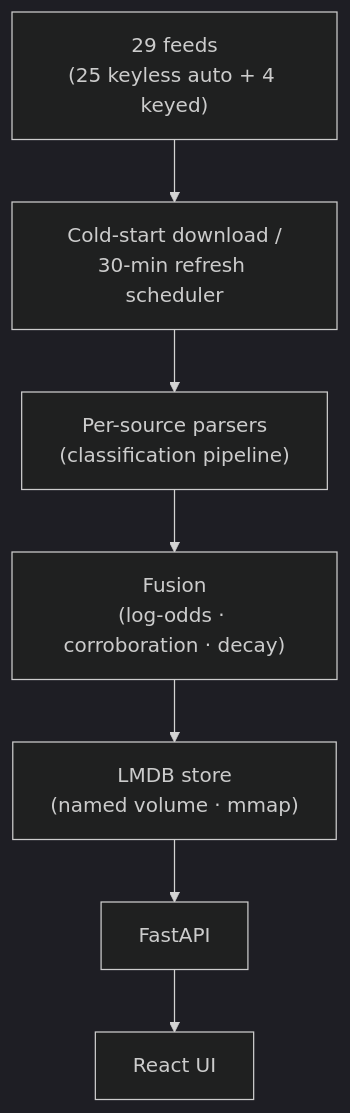
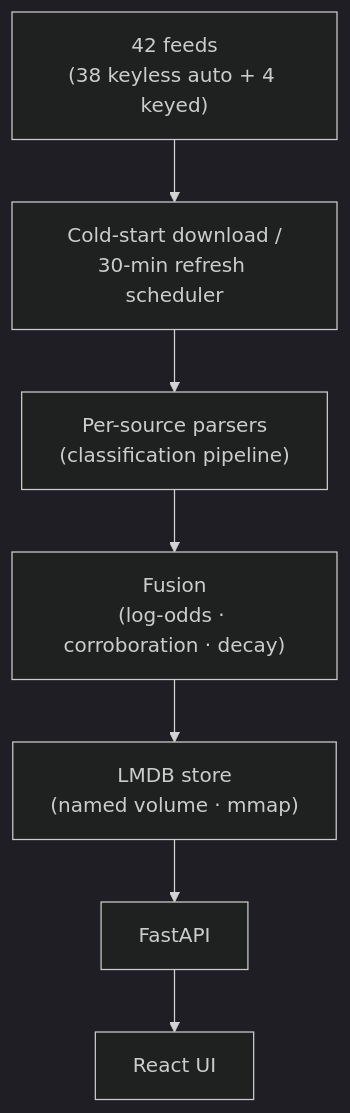
Before and after one commit to steponeerror/ip-radar: the diagram in README.md, drawn with Mermaid (dark theme). The commit also changed other lines of this file and 2 other files, not shown here.

````diff
--- a/README.md
+++ b/README.md
@@ -86,9 +86,9 @@
 ```mermaid
 flowchart TD
-    A["29 feeds<br/>(25 keyless auto + 4 keyed)"] --> B["Cold-start download /<br/>30-min refresh scheduler"]
+    A["42 feeds<br/>(38 keyless auto + 4 keyed)"] --> B["Cold-start download /<br/>30-min refresh scheduler"]
     B --> C["Per-source parsers<br/>(classification pipeline)"]
     C --> D["Fusion<br/>(log-odds · corroboration · decay)"]
     D --> E["LMDB store<br/>(named volume · mmap)"]
     E --> F["FastAPI"]
     F --> G["React UI"]
 ```
````
